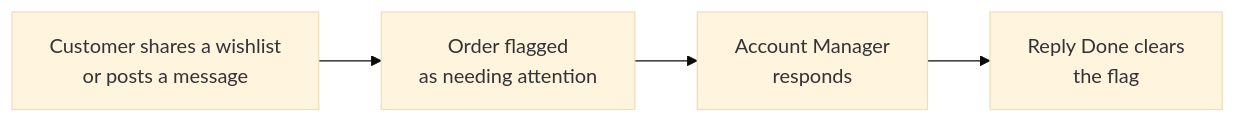
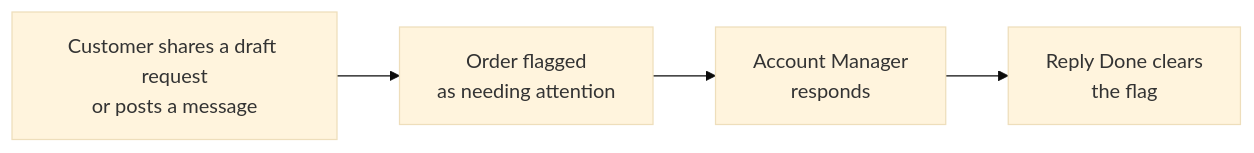
The first of 2 diagrams in docs/b2b_ecommerce_docs/_user_guide/013-Messages-and-Notifications.md (LaplaceSoftware/lp_projects_docs), drawn with Mermaid (base theme) before and after one commit. The commit also changed other lines of this file and 48 other files, not shown here.

````diff
--- a/docs/b2b_ecommerce_docs/_user_guide/013-Messages-and-Notifications.md
+++ b/docs/b2b_ecommerce_docs/_user_guide/013-Messages-and-Notifications.md
@@ -142,6 +134,6 @@
 ```mermaid
 flowchart LR
-    A["Customer shares a wishlist<br/>or posts a message"] --> B["Order flagged<br/>as needing attention"]
+    A["Customer shares a draft request<br/>or posts a message"] --> B["Order flagged<br/>as needing attention"]
     B --> C["Account Manager<br/>responds"]
     C --> D["Reply Done clears<br/>the flag"]
 ```
````
